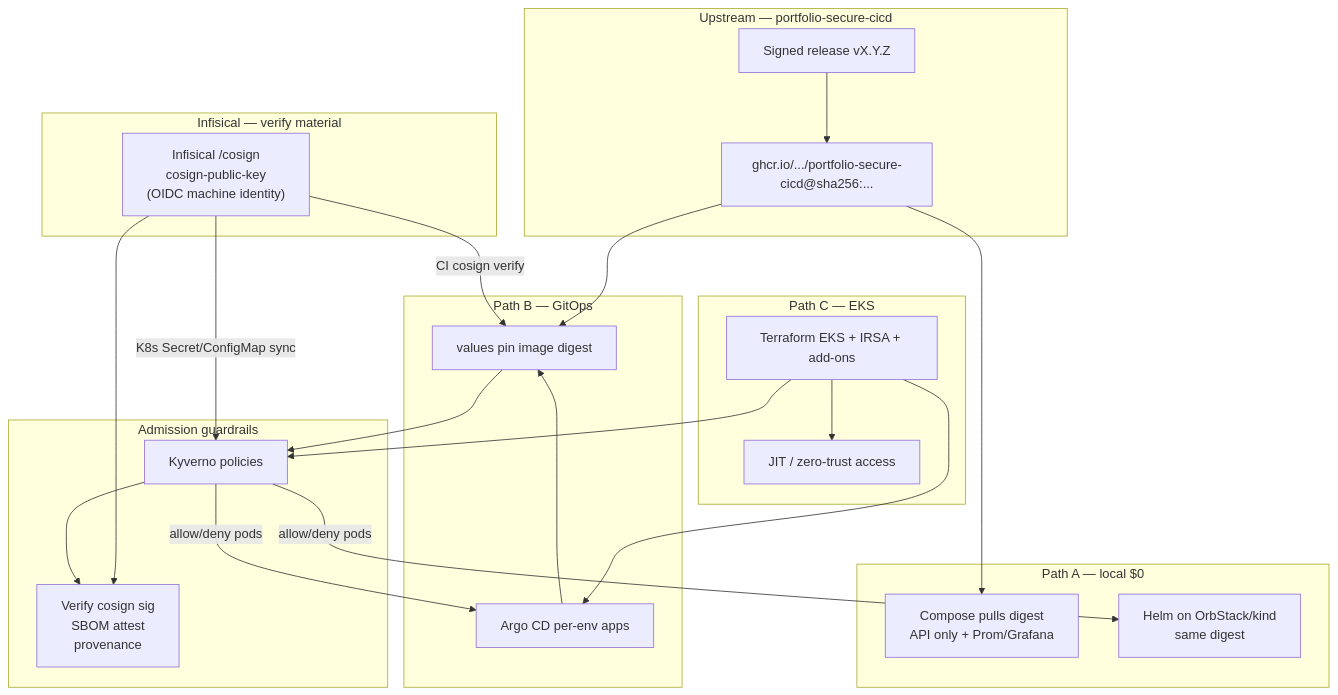
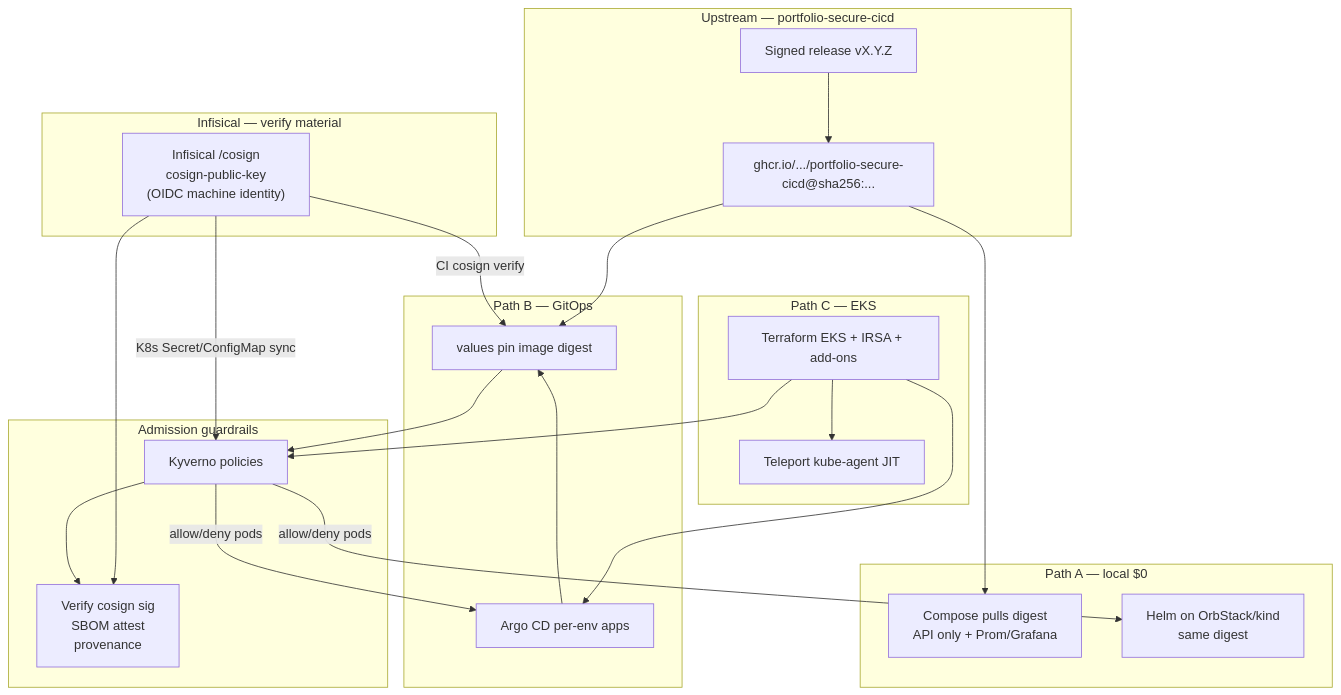
The diagram in docs/PLATFORM_IMPROVEMENT_PLAN.md (sauravrana646/portfolio-cloud-platform), drawn with Mermaid before and after one commit. The commit also changed other lines of this file and 10 other files, not shown here.

First line of the commit message:
feat: Teleport kube-agent for JIT access (not AWS SSO/SSM)

````diff
--- a/docs/PLATFORM_IMPROVEMENT_PLAN.md
+++ b/docs/PLATFORM_IMPROVEMENT_PLAN.md
@@ -39,46 +39,46 @@
 ```mermaid
 flowchart TB
   subgraph supply [Upstream — portfolio-secure-cicd]
     Rel[Signed release vX.Y.Z]
     GHCR["ghcr.io/.../portfolio-secure-cicd@sha256:..."]
     Rel --> GHCR
   end
 
   subgraph local [Path A — local $0]
     Compose[Compose pulls digest<br/>API only + Prom/Grafana]
     HelmLocal[Helm on OrbStack/kind<br/>same digest]
   end
 
   subgraph secrets [Infisical — verify material]
     Inf["Infisical /cosign<br/>cosign-public-key<br/>(OIDC machine identity)"]
   end
 
   subgraph admit [Admission guardrails]
     Kyverno[Kyverno policies]
     Verify[Verify cosign sig<br/>SBOM attest<br/>provenance]
     Inf --> Verify
     Kyverno --> Verify
   end
 
   subgraph gitops [Path B — GitOps]
     Argo[Argo CD per-env apps]
     Pin[values pin image digest]
     Argo --> Pin
   end
 
   subgraph cloud [Path C — EKS]
     TF[Terraform EKS + IRSA + add-ons]
-    ZT[JIT / zero-trust access]
+    Teleport[Teleport kube-agent JIT]
     TF --> Argo
     TF --> Kyverno
-    TF --> ZT
+    TF --> Teleport
   end
 
   GHCR --> Compose
   GHCR --> Pin
   Pin --> Kyverno
   Inf -->|CI cosign verify| Pin
   Inf -->|K8s Secret/ConfigMap sync| Kyverno
   Kyverno -->|allow/deny pods| HelmLocal
   Kyverno -->|allow/deny pods| Argo
 ```
````
